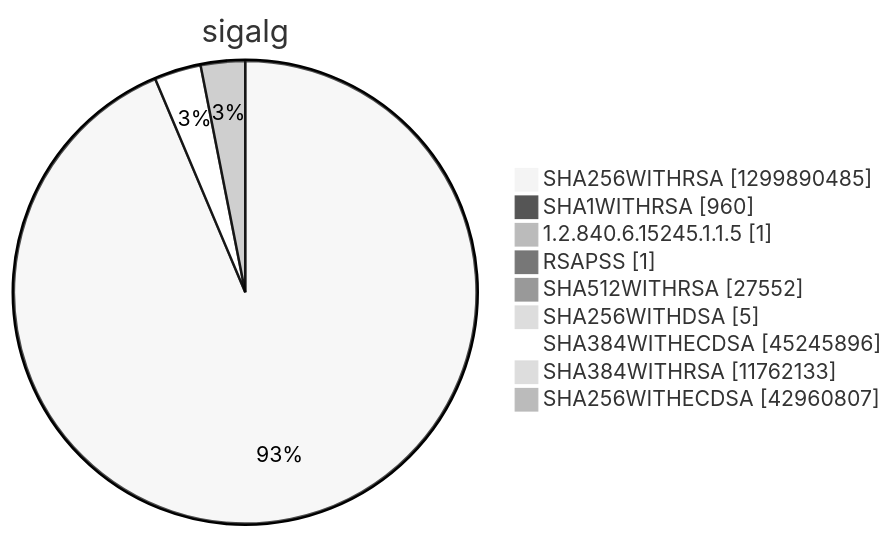
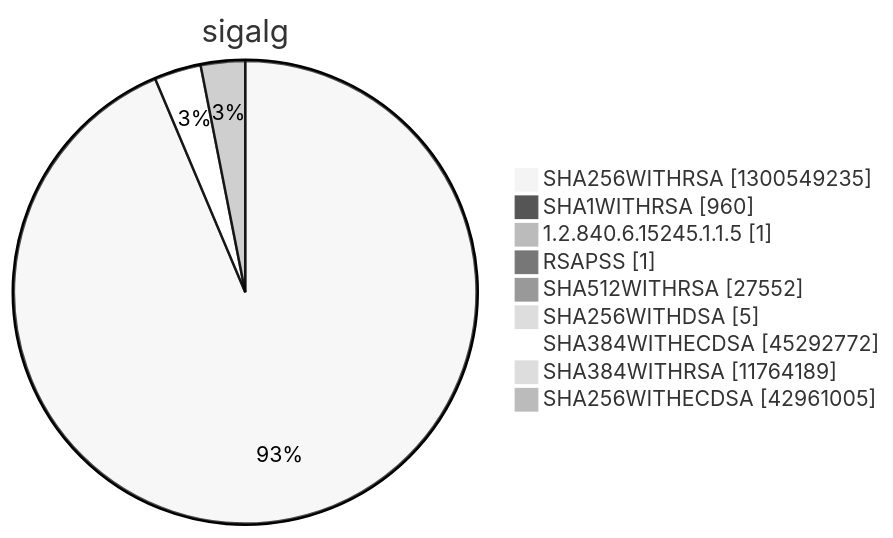
Diagram 15 of 15 in argon2022/README.md (christiankrug/ctmonitor_visualization), drawn with Mermaid (neutral theme) before and after one commit. The commit also changed other lines of this file, not shown here.

````diff
--- a/argon2022/README.md
+++ b/argon2022/README.md
@@ -5523,13 +5523,13 @@
 ```mermaid
 pie showData
 title sigalg
-"SHA256WITHRSA" :1299890485
+"SHA256WITHRSA" :1300549235
 "SHA1WITHRSA" :960
 "1.2.840.6.15245.1.1.5" :1
 "RSAPSS" :1
 "SHA512WITHRSA" :27552
 "SHA256WITHDSA" :5
-"SHA384WITHECDSA" :45245896
-"SHA384WITHRSA" :11762133
-"SHA256WITHECDSA" :42960807
+"SHA384WITHECDSA" :45292772
+"SHA384WITHRSA" :11764189
+"SHA256WITHECDSA" :42961005
 ```
````
